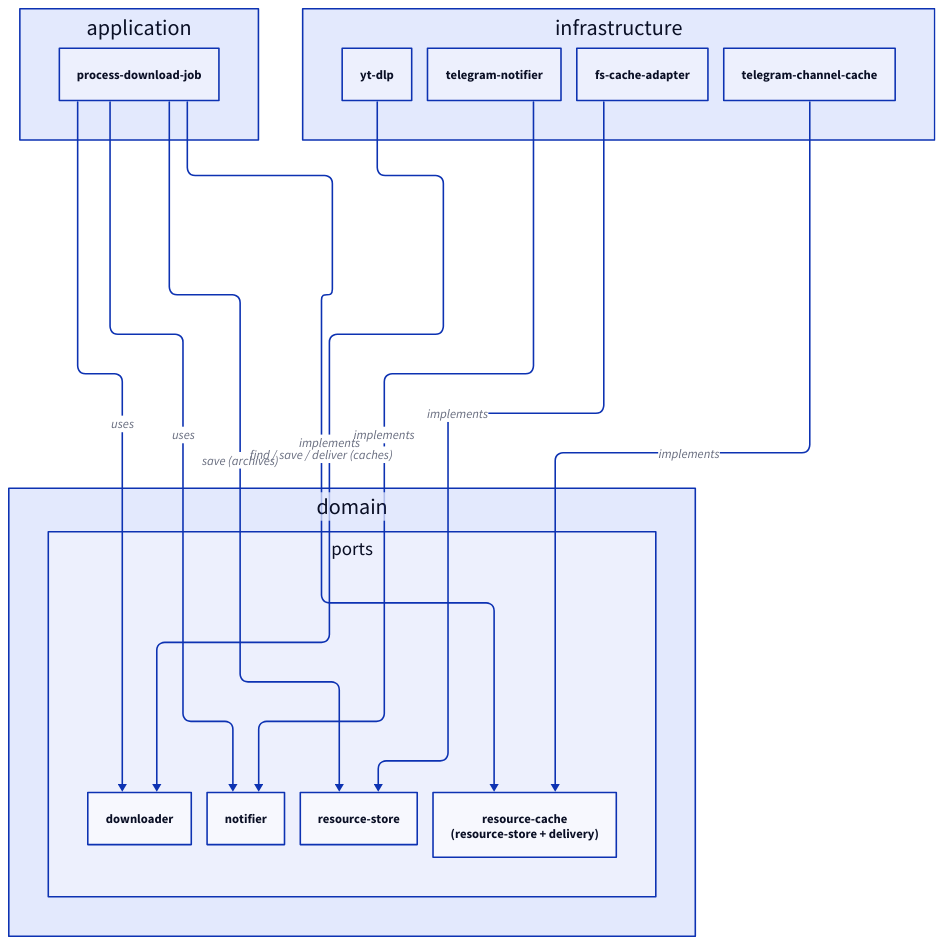
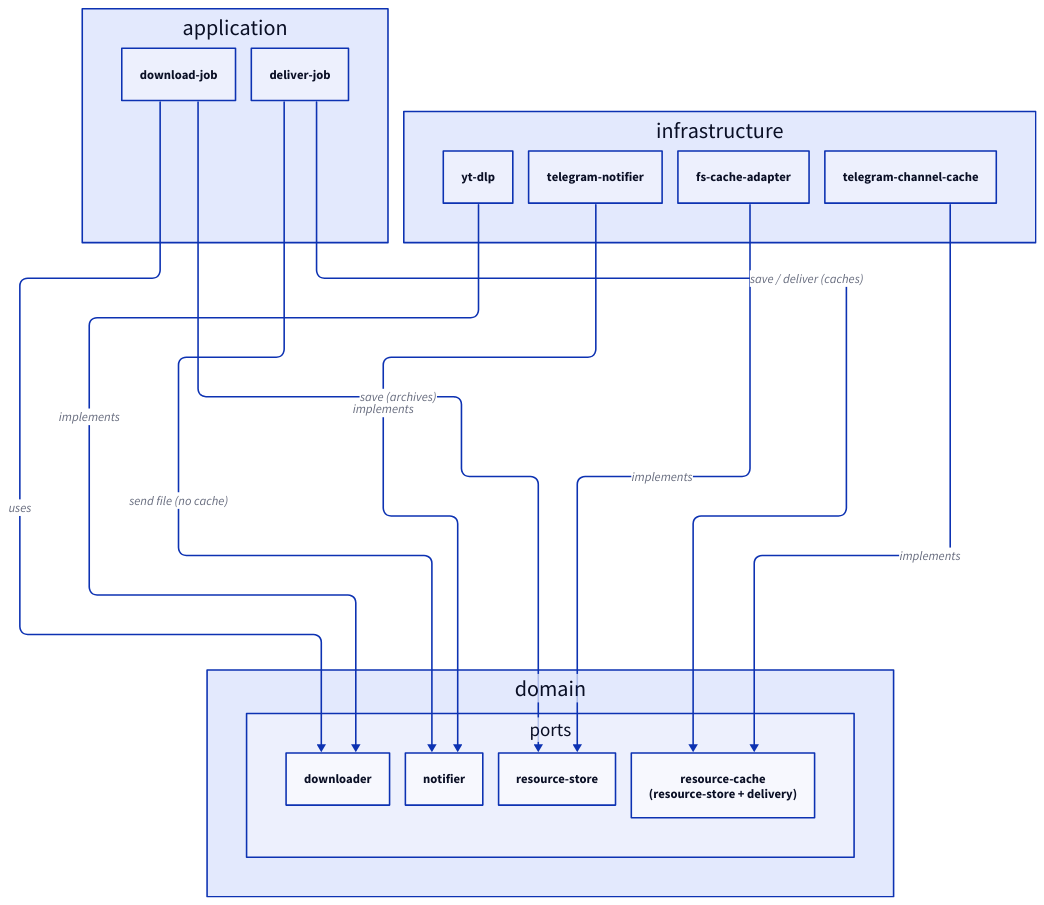
One commit to iwwwanow/kanalveschaniya changed the diagram in docs/diagrams/core.infrastructure.ports.d2. Above: the diagram before and after it, drawn with D2. The commit also changed 17 other files, not shown here.

```diff
--- a/docs/diagrams/core.infrastructure.ports.d2
+++ b/docs/diagrams/core.infrastructure.ports.d2
@@ -1,38 +1,41 @@
 vars: {
   d2-config: {
     layout-engine: elk
   }
 }
 
 direction: down
 
 # Вопрос диаграммы: какая часть infrastructure подключена к какому порту домена.
-# (Что вызывает порты — process-download-job; связку делает main.ts.)
+# (Что вызывает порты — два этапа задачи: download-job и deliver-job; связку делает main.ts.)
 
-application.process-download-job
+application: {
+  download-job
+  deliver-job
+}
 
 domain: {
   ports: {
     downloader
     notifier
     resource-store
     resource-cache: "resource-cache\n(resource-store + delivery)"
   }
 }
 
 infrastructure: {
   yt-dlp
   telegram-notifier
   fs-cache-adapter
   telegram-channel-cache
 }
 
-application.process-download-job -> domain.ports.downloader: uses
-application.process-download-job -> domain.ports.notifier: uses
-application.process-download-job -> domain.ports.resource-store: "save (archives)"
-application.process-download-job -> domain.ports.resource-cache: "find / save / deliver (caches)"
+application.download-job -> domain.ports.downloader: uses
+application.download-job -> domain.ports.resource-store: "save (archives)"
+application.deliver-job -> domain.ports.resource-cache: "save / deliver (caches)"
+application.deliver-job -> domain.ports.notifier: "send file (no cache)"
 
 infrastructure.yt-dlp -> domain.ports.downloader: implements
 infrastructure.telegram-notifier -> domain.ports.notifier: implements
 infrastructure.fs-cache-adapter -> domain.ports.resource-store: implements
 infrastructure.telegram-channel-cache -> domain.ports.resource-cache: implements
```
